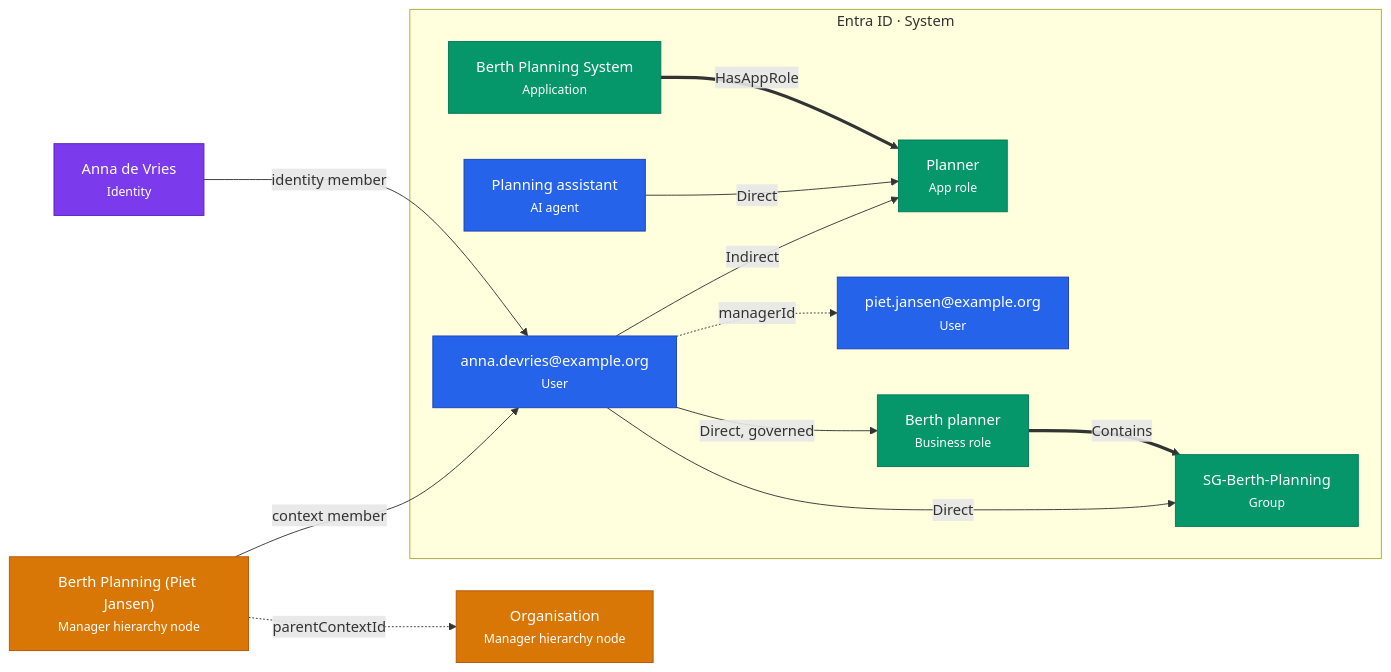
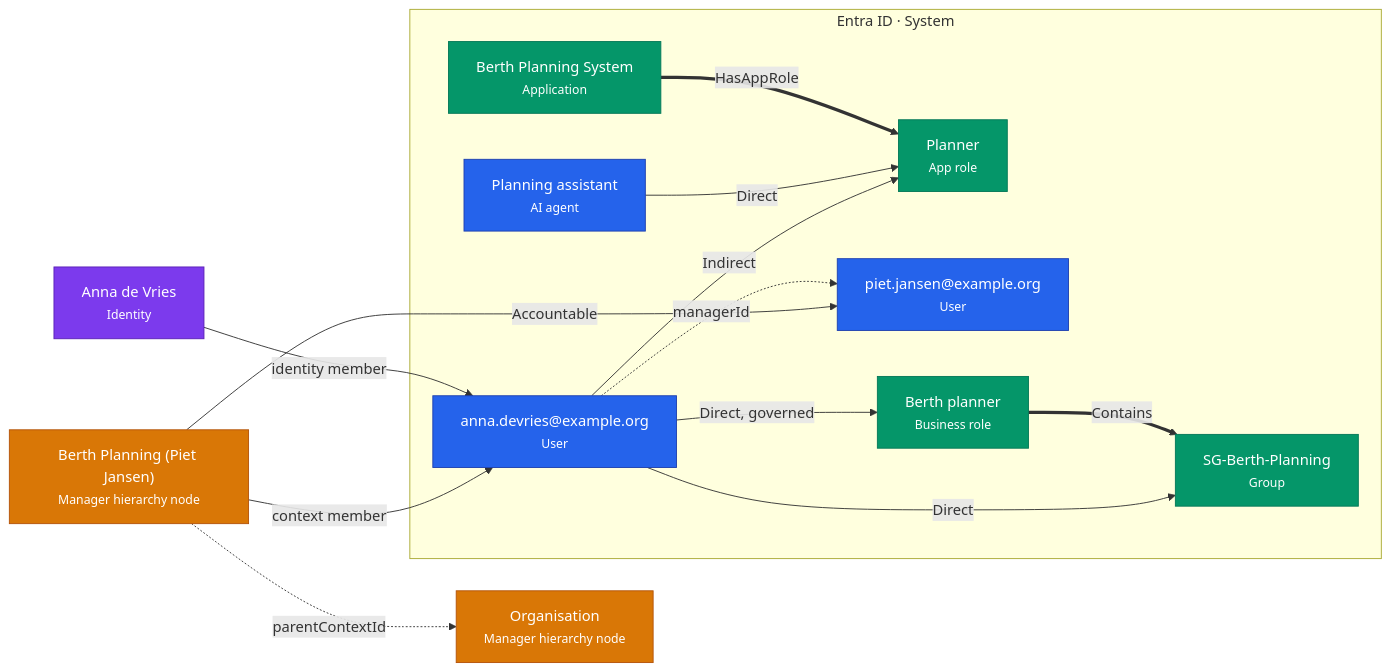
One commit to DerKodex-Repo-Curator/IdentityAtlas changed the fifth of 5 diagrams in docs/concepts/ontology.md. Above: the diagram before and after it, drawn with Mermaid. The commit also changed other lines of this file and 106 other files, not shown here.

````diff
--- a/docs/concepts/ontology.md
+++ b/docs/concepts/ontology.md
@@ -284,30 +287,31 @@
 ```mermaid
 flowchart LR
     anna["Anna de Vries<br/><small>Identity</small>"]:::Identity
     subgraph entra["Entra ID · System"]
       annaAccount["anna.devries@example.org<br/><small>User</small>"]:::Principal
       berthApp["Berth Planning System<br/><small>Application</small>"]:::Resource
       berthPlanner["Planner<br/><small>App role</small>"]:::Resource
       pietAccount["piet.jansen@example.org<br/><small>User</small>"]:::Principal
       plannerBot["Planning assistant<br/><small>AI agent</small>"]:::Principal
       plannerRole["Berth planner<br/><small>Business role</small>"]:::Resource
       planningGroup["SG-Berth-Planning<br/><small>Group</small>"]:::Resource
     end
     orgRoot["Organisation<br/><small>Manager hierarchy node</small>"]:::Context
     pietsTeam["Berth Planning (Piet Jansen)<br/><small>Manager hierarchy node</small>"]:::Context
     annaAccount -->|"Indirect"| berthPlanner
     annaAccount -->|"Direct, governed"| plannerRole
     annaAccount -->|"Direct"| planningGroup
     pietsTeam -->|"context member"| annaAccount
     anna -->|"identity member"| annaAccount
     plannerBot -->|"Direct"| berthPlanner
+    pietsTeam -->|"Accountable"| pietAccount
     annaAccount -.->|"managerId"| pietAccount
     berthApp ==>|"HasAppRole"| berthPlanner
     pietsTeam -.->|"parentContextId"| orgRoot
     plannerRole ==>|"Contains"| planningGroup
     classDef Identity fill:#7c3aed,stroke:#5b21b6,color:#fff
     classDef Principal fill:#2563eb,stroke:#1e40af,color:#fff
     classDef Resource fill:#059669,stroke:#047857,color:#fff
     classDef Context fill:#d97706,stroke:#b45309,color:#fff
     classDef System fill:#475569,stroke:#334155,color:#fff
 ```
````
